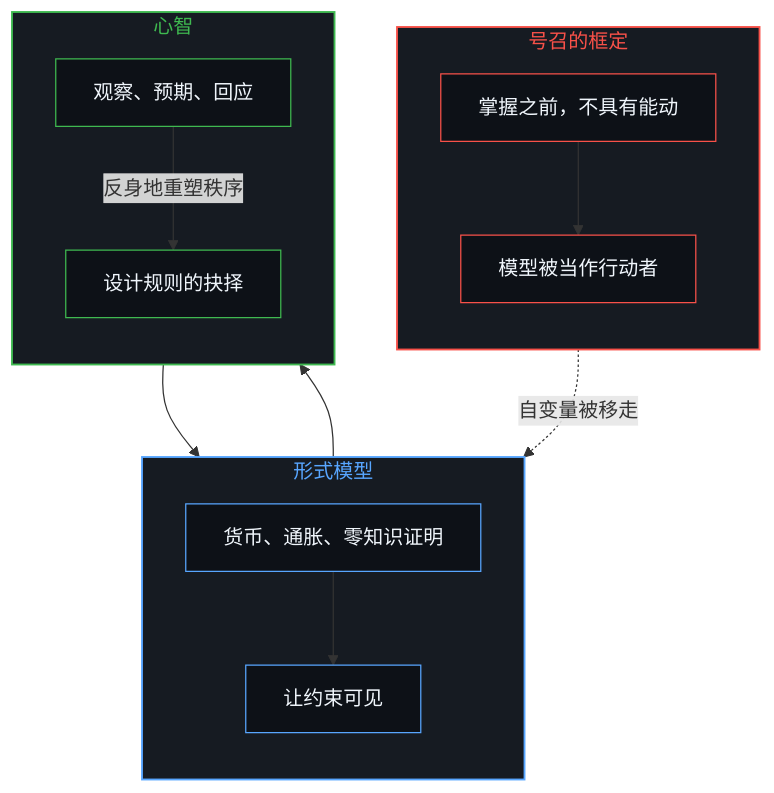
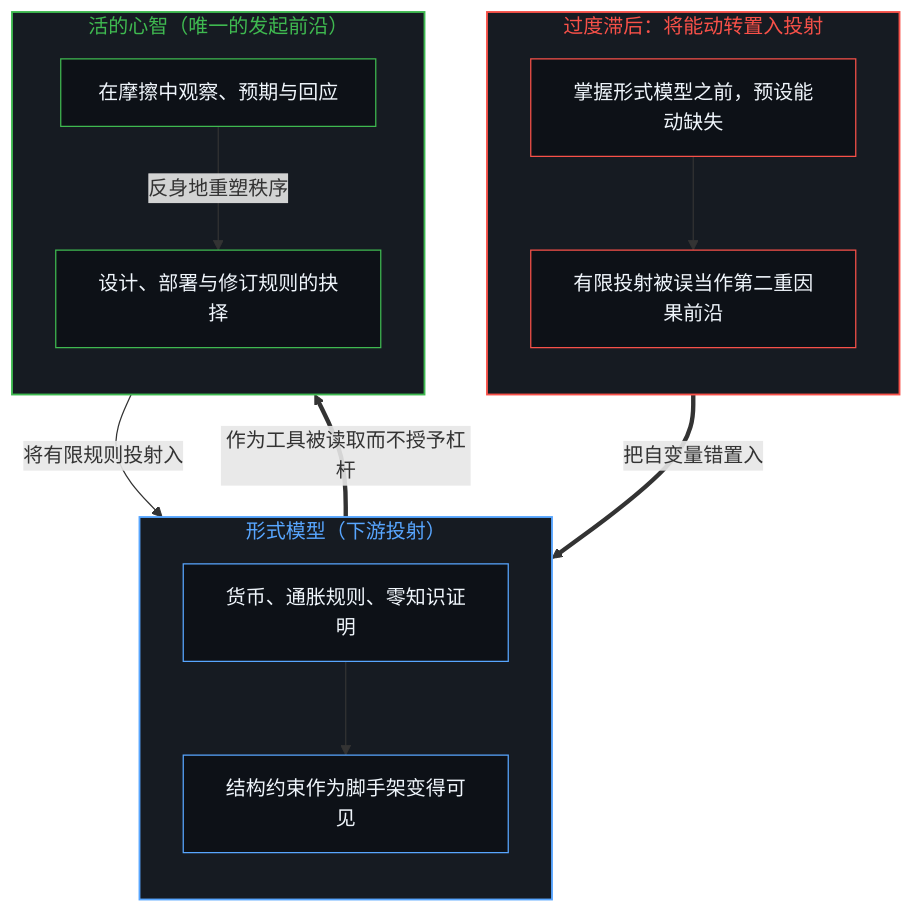
The first of 2 diagrams in content/posts/agency-relocated-into-the-formal-model.md (powerpig99/not-a-toe), drawn with Mermaid before and after one commit. The commit also changed other lines of this file and 1 other file, not shown here.

Commit message:
Refine Post (Wave 3 L2 #110): agency-relocated-into-the-formal-model

````diff
--- a/content/posts/agency-relocated-into-the-formal-model.md
+++ b/content/posts/agency-relocated-into-the-formal-model.md
@@ -47,32 +27,33 @@
 ```mermaid
 flowchart TD
-    subgraph S_Urge["号召的框定"]
+    subgraph S_Urge["过度滞后：将能动转置入投射"]
         direction TB
-        U1["掌握之前，不具有能动"]
-        U2["模型被当作行动者"]
+        U1["掌握形式模型之前，预设能动缺失"]
+        U2["有限投射被误当作第二重因果前沿"]
+        U1 --> U2
     end
-    subgraph S_Model["形式模型"]
+    subgraph S_Model["形式模型（下游投射）"]
         direction TB
-        F1["货币、通胀、零知识证明"]
-        F2["让约束可见"]
+        F1["货币、通胀规则、零知识证明"]
+        F2["结构约束作为脚手架变得可见"]
+        F1 --> F2
     end
-    subgraph S_Mind["心智"]
+    subgraph S_Mind["活的心智（唯一的发起前沿）"]
         direction TB
-        M1["设计规则的抉择"]
-        M2["观察、预期、回应"]
+        M1["设计、部署与修订规则的抉择"]
+        M2["在摩擦中观察、预期与回应"]
+        M2 -->|"反身地重塑秩序"| M1
     end
-    U1 --> U2
-    U2 -.->|"自变量被移走"| F1
-    M1 --> F1
-    F1 --> F2 --> M2
-    M2 -->|"反身地重塑秩序"| M1
+    U2 ==>|"把自变量错置入"| F1
+    F2 ==>|"作为工具被读取而不授予杠杆"| M2
+    M1 -->|"将有限规则投射入"| F1
     style S_Urge fill:#161b22,stroke:#f85149,stroke-width:1.5px,color:#f85149
     style S_Model fill:#161b22,stroke:#58a6ff,stroke-width:1.5px,color:#58a6ff
     style S_Mind fill:#161b22,stroke:#3fb950,stroke-width:1.5px,color:#3fb950
     style U1 fill:#0d1117,stroke:#f85149,stroke-width:1px,color:#f0f6fc
     style U2 fill:#0d1117,stroke:#f85149,stroke-width:1px,color:#f0f6fc
     style F1 fill:#0d1117,stroke:#58a6ff,stroke-width:1px,color:#f0f6fc
     style F2 fill:#0d1117,stroke:#58a6ff,stroke-width:1px,color:#f0f6fc
     style M1 fill:#0d1117,stroke:#3fb950,stroke-width:1px,color:#f0f6fc
     style M2 fill:#0d1117,stroke:#3fb950,stroke-width:1px,color:#f0f6fc
 ```
````
